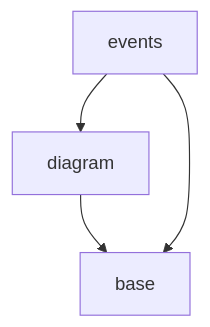
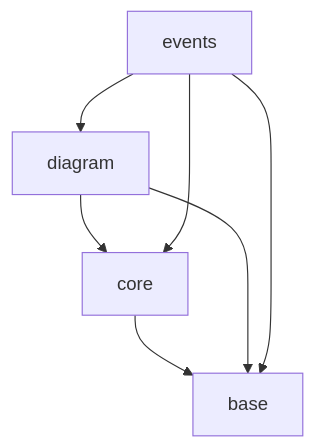
The diagram in src/features/svg-canvas/MODULE_DEPENDENCY_RULES.md (gznnk/json-draw-prealpha), drawn with Mermaid before and after one commit. The commit also changed other lines of this file and 17 other files, not shown here.

````diff
--- a/src/features/svg-canvas/MODULE_DEPENDENCY_RULES.md
+++ b/src/features/svg-canvas/MODULE_DEPENDENCY_RULES.md
@@ -8,6 +8,9 @@
 ```mermaid
 graph TD
+    core --> base
     diagram --> base
+    diagram --> core
     events --> base
+    events --> core
     events --> diagram
 ```
````
